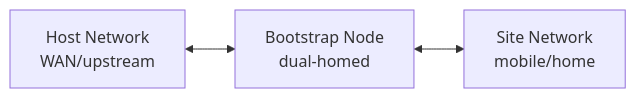
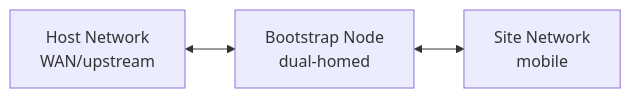
Before and after one commit to deevnet/deevnet-docs: the diagram in content/docs/platforms/management-plane/bootstrap-node/_index.md, drawn with Mermaid. The commit also changed other lines of this file and 51 other files, not shown here.

First line of the commit message:
Rebrand: Deevnet IoT as a Service, Mobile Factory; archive the home site (#183)

```diff
--- a/content/docs/platforms/management-plane/bootstrap-node/_index.md
+++ b/content/docs/platforms/management-plane/bootstrap-node/_index.md
@@ -103,4 +66,4 @@
 {{< mermaid >}}
 graph LR
-    A[Host Network<br>WAN/upstream] <--> B[Bootstrap Node<br>dual-homed] <--> C[Site Network<br>mobile/home]
+    A[Host Network<br>WAN/upstream] <--> B[Bootstrap Node<br>dual-homed] <--> C[Site Network<br>mobile]
 {{< /mermaid >}}
```
